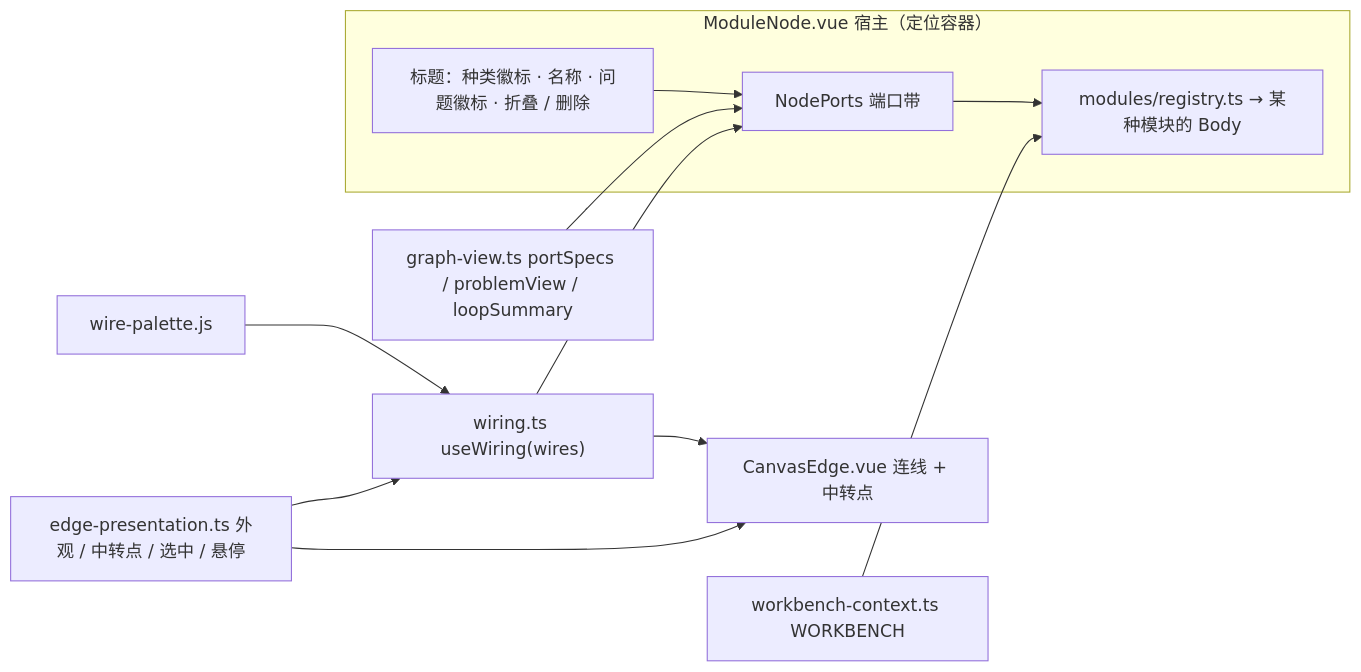
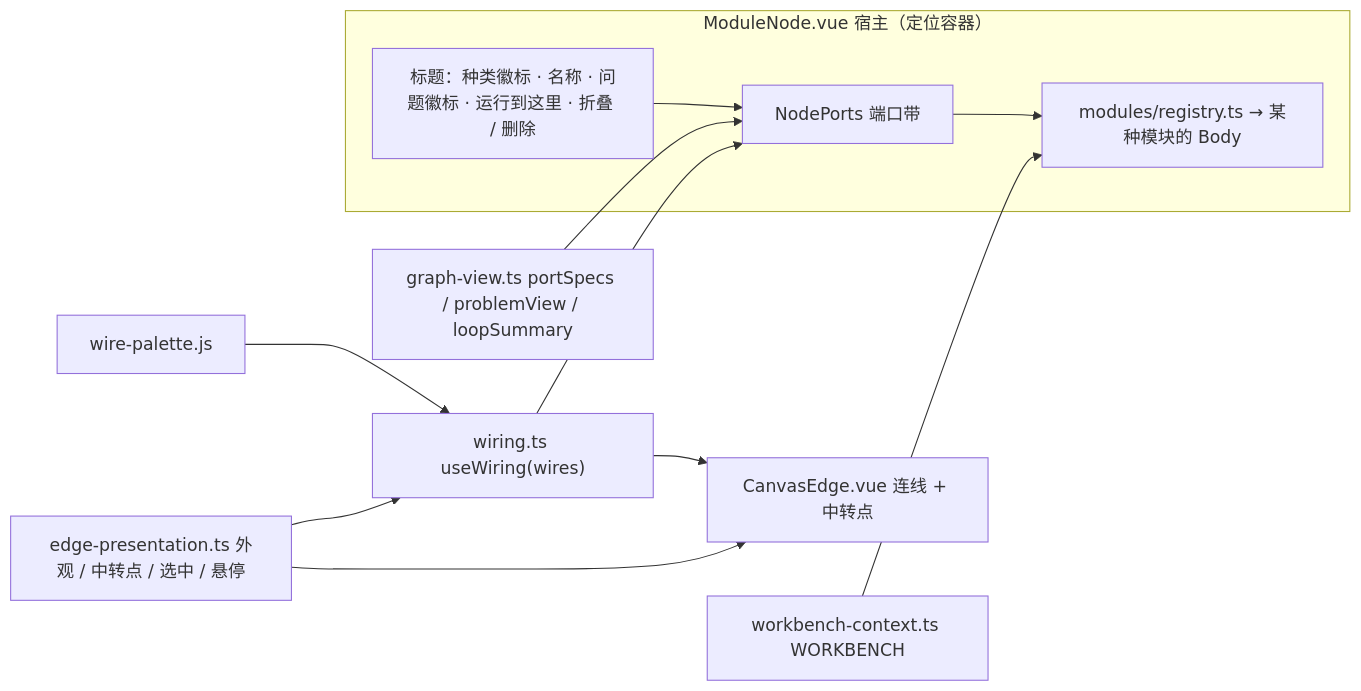
One commit to nishuzumi/neurom changed the diagram in docs/canvas-nodes.md. Above: the diagram before and after it, drawn with Mermaid. The commit also changed other lines of this file and 121 other files, not shown here.

````diff
--- a/docs/canvas-nodes.md
+++ b/docs/canvas-nodes.md
@@ -13,13 +13,13 @@
 ```mermaid
 flowchart LR
   subgraph host["ModuleNode.vue 宿主（定位容器）"]
-    head["标题：种类徽标 · 名称 · 问题徽标 · 折叠 / 删除"] --> band["NodePorts 端口带"] --> body["modules/registry.ts → 某种模块的 Body"]
+    head["标题：种类徽标 · 名称 · 问题徽标 · 运行到这里 · 折叠 / 删除"] --> band["NodePorts 端口带"] --> body["modules/registry.ts → 某种模块的 Body"]
   end
   graphview["graph-view.ts portSpecs / problemView / loopSummary"] --> band
   wiring["wiring.ts useWiring(wires)"] --> band
   palette["wire-palette.js"] --> wiring
   wiring --> edge["CanvasEdge.vue 连线 + 中转点"]
   pres["edge-presentation.ts 外观 / 中转点 / 选中 / 悬停"] --> edge
   pres --> wiring
   ctx["workbench-context.ts WORKBENCH"] --> body
 ```
````
